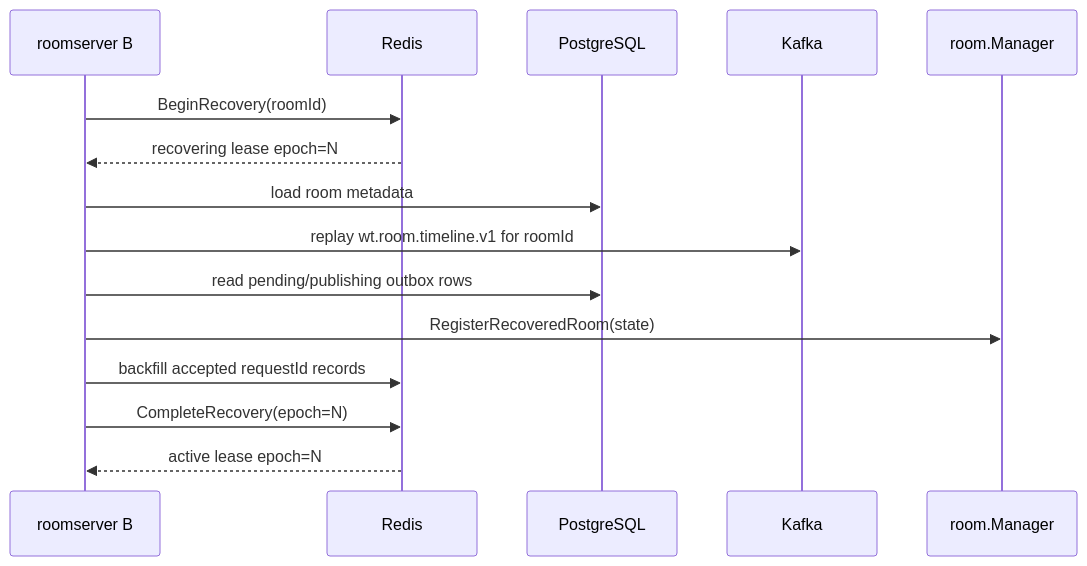
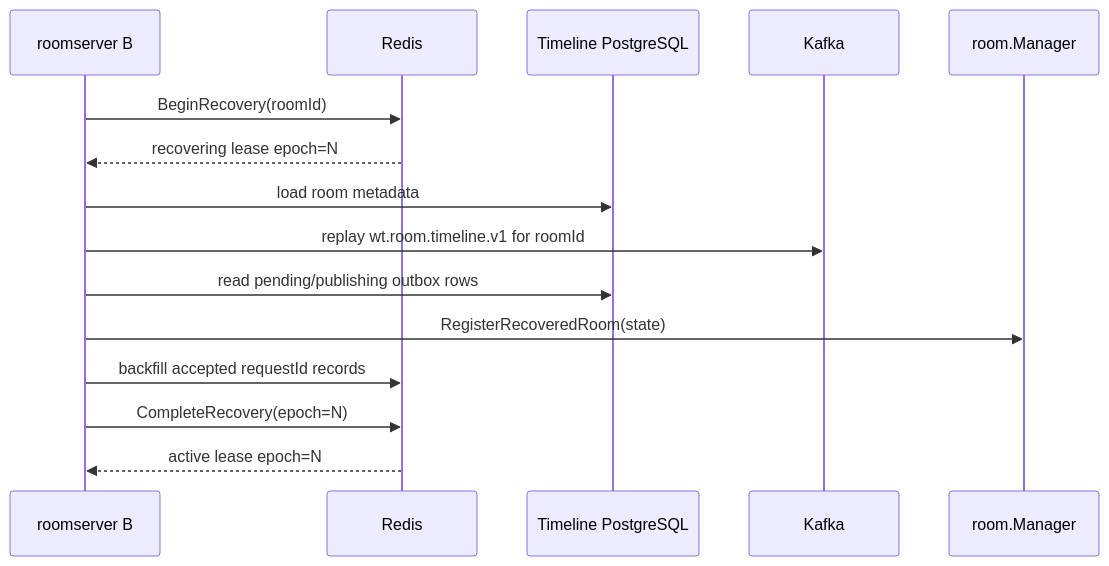
The seventh of 9 diagrams in docs/distributed-architecture.md (sunboyZgz/watch_together), drawn with Mermaid before and after one commit. The commit also changed other lines of this file and 24 other files, not shown here.

Commit message:
refactor: The timeline model has evolved into an early prototype of a distributed architecture based on microservices.

````diff
--- a/docs/distributed-architecture.md
+++ b/docs/distributed-architecture.md
@@ -297,18 +301,18 @@
 ```mermaid
 sequenceDiagram
   participant B as roomserver B
   participant R as Redis
-  participant P as PostgreSQL
+  participant P as Timeline PostgreSQL
   participant K as Kafka
   participant M as room.Manager
 
   B->>R: BeginRecovery(roomId)
   R-->>B: recovering lease epoch=N
   B->>P: load room metadata
   B->>K: replay wt.room.timeline.v1 for roomId
   B->>P: read pending/publishing outbox rows
   B->>M: RegisterRecoveredRoom(state)
   B->>R: backfill accepted requestId records
   B->>R: CompleteRecovery(epoch=N)
   R-->>B: active lease epoch=N
 ```
````
